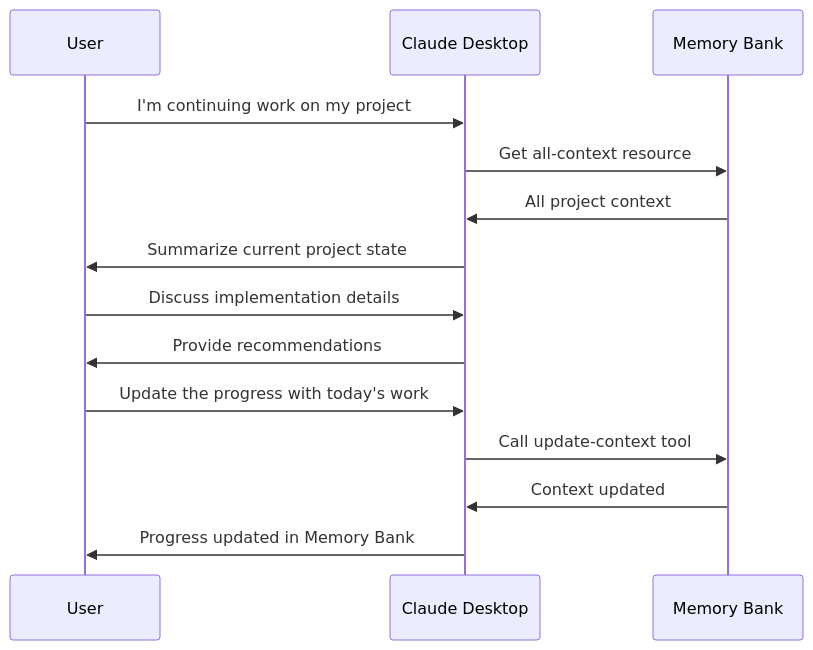
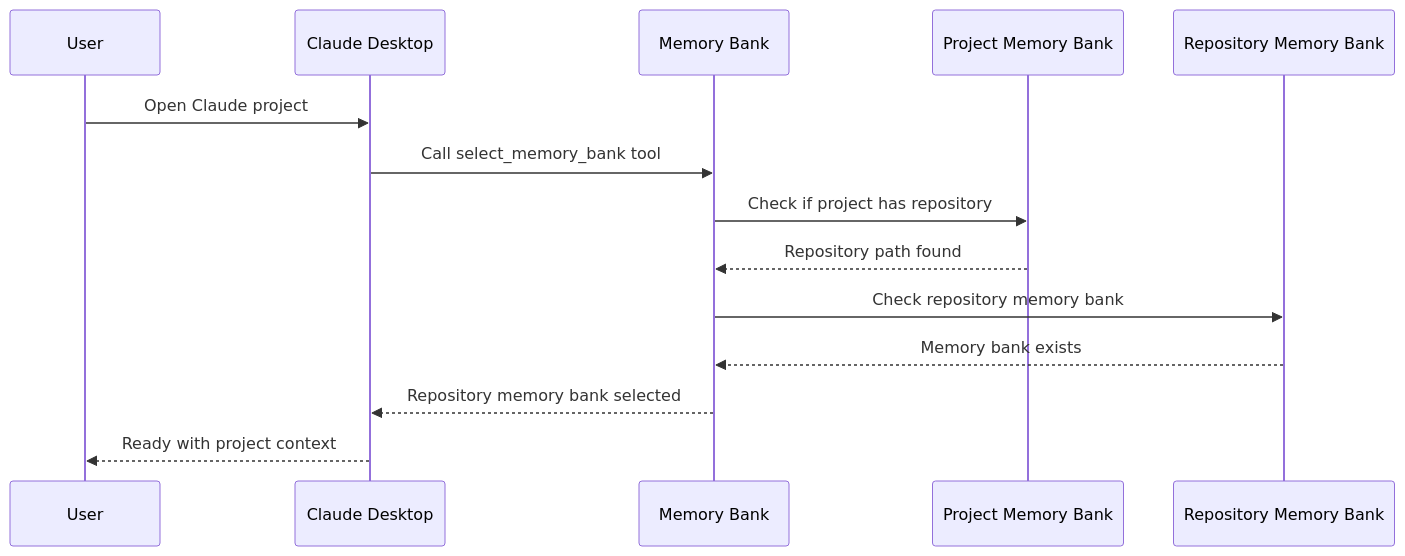
The fourth of 4 diagrams in doc/usage-guide.md (philippe-guerit/claude-desktop-memory-bank), drawn with Mermaid before and after one commit. The commit also changed other lines of this file and 3 other files, not shown here.

Commit message:
improve design to support project based memory bank

````diff
--- a/doc/usage-guide.md
+++ b/doc/usage-guide.md
@@ -192,17 +338,17 @@
 ```mermaid
 sequenceDiagram
     participant User
     participant Claude as Claude Desktop
     participant MB as Memory Bank
+    participant Project as Project Memory Bank
+    participant Repo as Repository Memory Bank
     
-    User->>Claude: I'm continuing work on my project
-    Claude->>MB: Get all-context resource
-    MB->>Claude: All project context
-    Claude->>User: Summarize current project state
-    User->>Claude: Discuss implementation details
-    Claude->>User: Provide recommendations
-    User->>Claude: Update the progress with today's work
-    Claude->>MB: Call update-context tool
-    MB->>Claude: Context updated
-    Claude->>User: Progress updated in Memory Bank
+    User->>Claude: Open Claude project
+    Claude->>MB: Call select_memory_bank tool
+    MB->>Project: Check if project has repository
+    Project-->>MB: Repository path found
+    MB->>Repo: Check repository memory bank
+    Repo-->>MB: Memory bank exists
+    MB-->>Claude: Repository memory bank selected
+    Claude-->>User: Ready with project context
 ```
````
